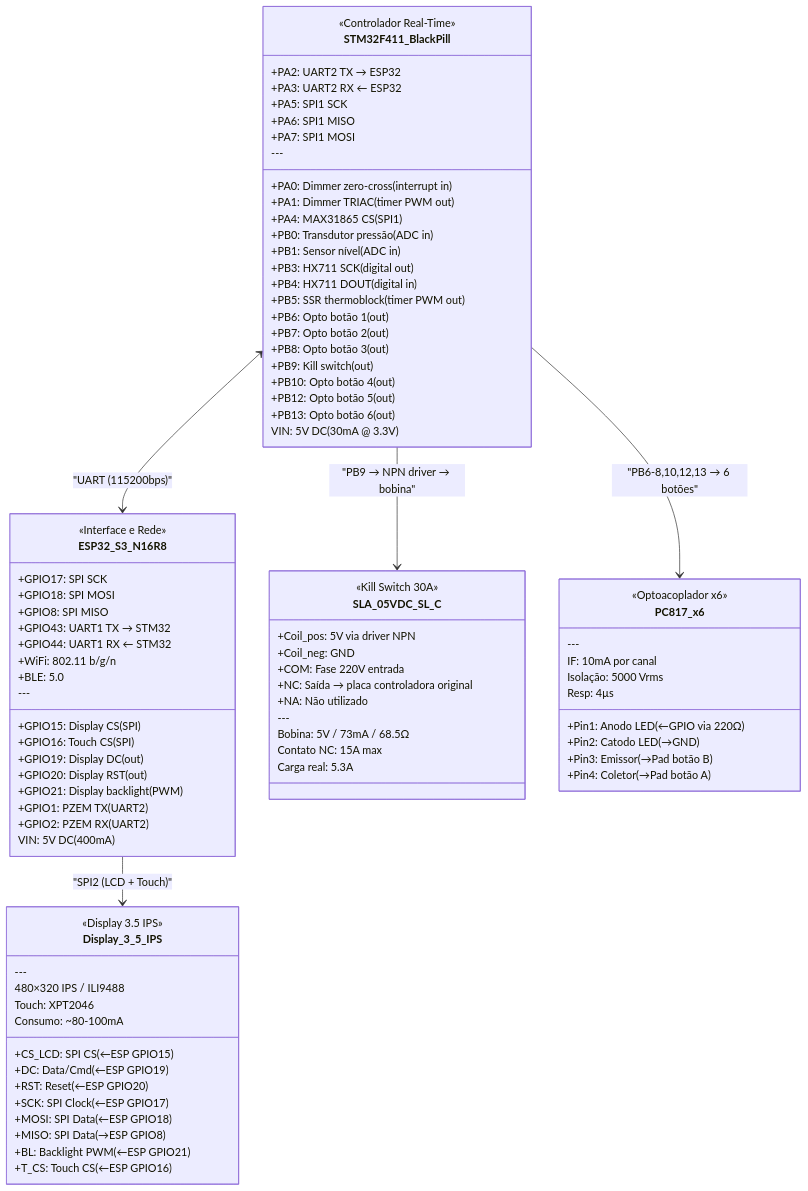
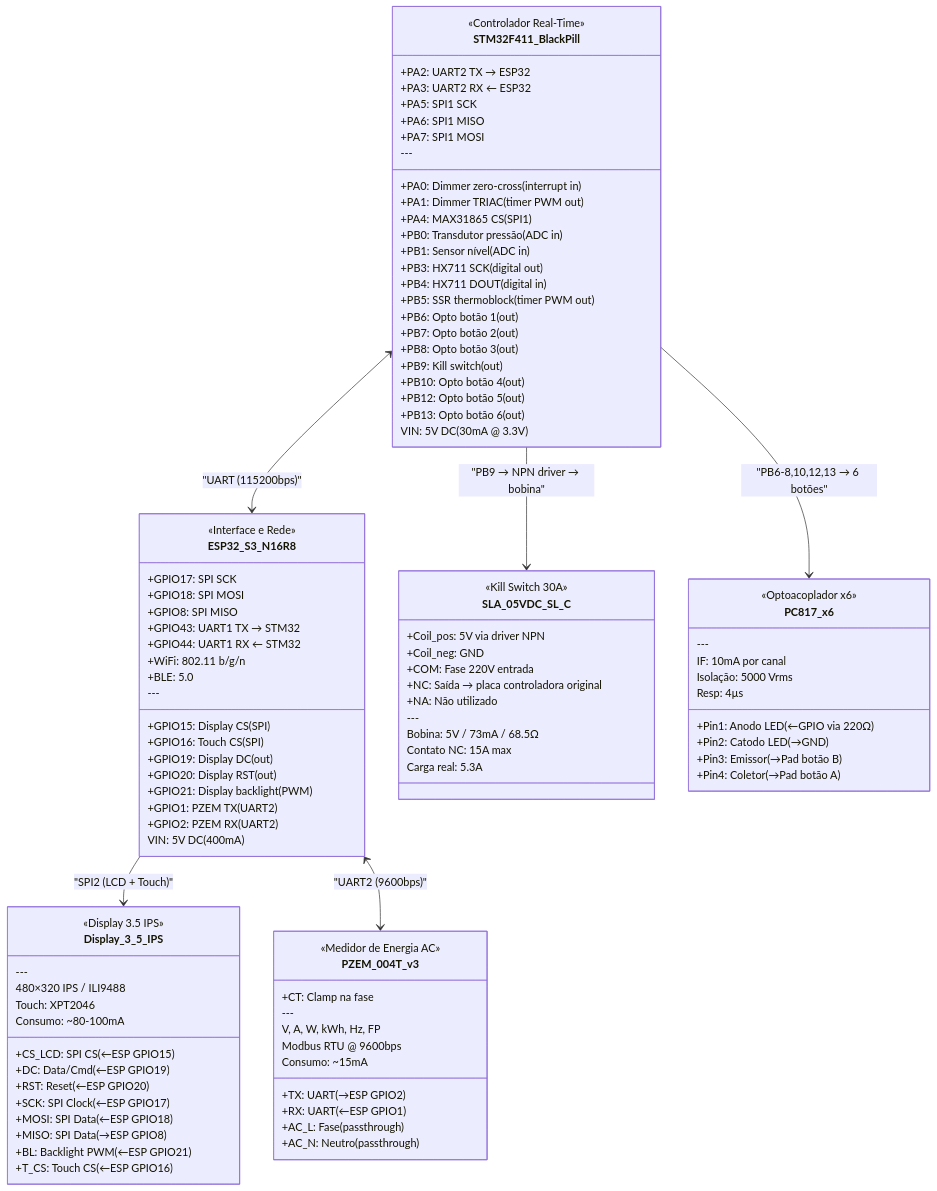
The first of 12 diagrams in docs/COMPONENTES.md (SamuelMoraesF/iot-oster-prima-latte2), drawn with Mermaid before and after one commit. The commit also changed other lines of this file, not shown here.

First line of the commit message:
Adiciona PZEM-004T v3 no COMPONENTES.md

```diff
--- a/docs/COMPONENTES.md
+++ b/docs/COMPONENTES.md
@@ -83,6 +83,21 @@
 
     STM32F411_BlackPill <--> ESP32_S3_N16R8 : "UART (115200bps)"
     ESP32_S3_N16R8 --> Display_3_5_IPS : "SPI2 (LCD + Touch)"
+    ESP32_S3_N16R8 <--> PZEM_004T_v3 : "UART2 (9600bps)"
+
+    class PZEM_004T_v3 {
+        <<Medidor de Energia AC>>
+        +TX: UART (→ESP GPIO2)
+        +RX: UART (←ESP GPIO1)
+        +AC_L: Fase (passthrough)
+        +AC_N: Neutro (passthrough)
+        +CT: Clamp na fase
+        ---
+        V, A, W, kWh, Hz, FP
+        Modbus RTU @ 9600bps
+        Consumo: ~15mA
+    }
+
     class PC817_x6 {
         <<Optoacoplador x6>>
         +Pin1: Anodo LED (←GPIO via 220Ω)
```
